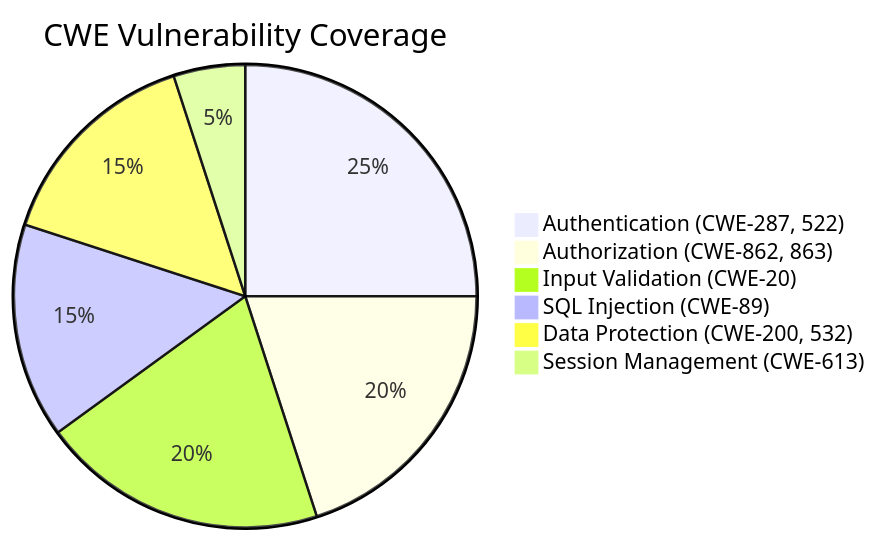
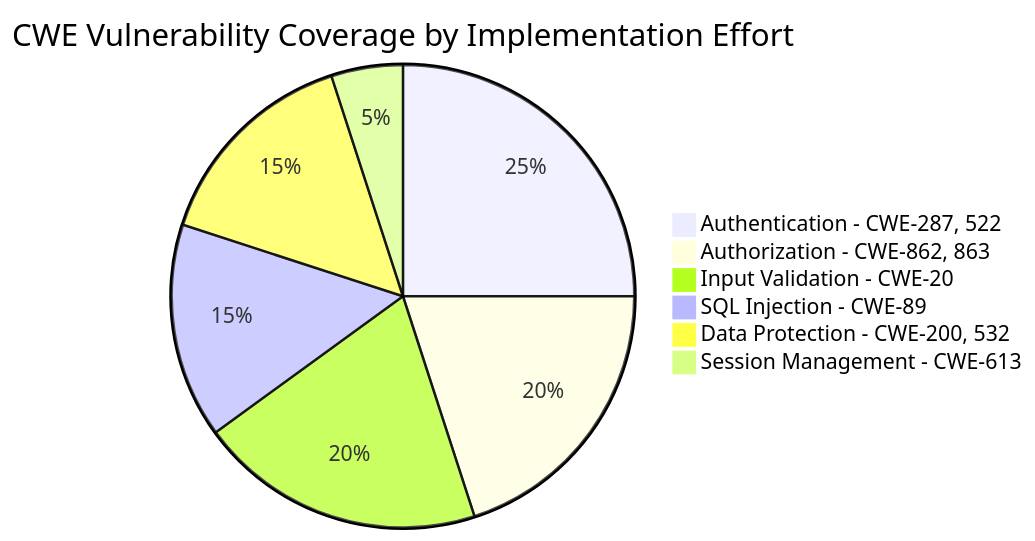
Before and after one commit to srinivasraom/banking-ms-by-constitution: the fifth of 7 diagrams in PAPER.md, drawn with Mermaid. The commit also changed other lines of this file, not shown here.

````diff
--- a/PAPER.md
+++ b/PAPER.md
@@ -644,9 +722,9 @@
 ```mermaid
-pie title CWE Vulnerability Coverage
-    "Authentication (CWE-287, 522)" : 25
-    "Authorization (CWE-862, 863)" : 20
-    "Input Validation (CWE-20)" : 20
-    "SQL Injection (CWE-89)" : 15
-    "Data Protection (CWE-200, 532)" : 15
-    "Session Management (CWE-613)" : 5
+pie title CWE Vulnerability Coverage by Implementation Effort
+    "Authentication - CWE-287, 522" : 25
+    "Authorization - CWE-862, 863" : 20
+    "Input Validation - CWE-20" : 20
+    "SQL Injection - CWE-89" : 15
+    "Data Protection - CWE-200, 532" : 15
+    "Session Management - CWE-613" : 5
 ```
````
